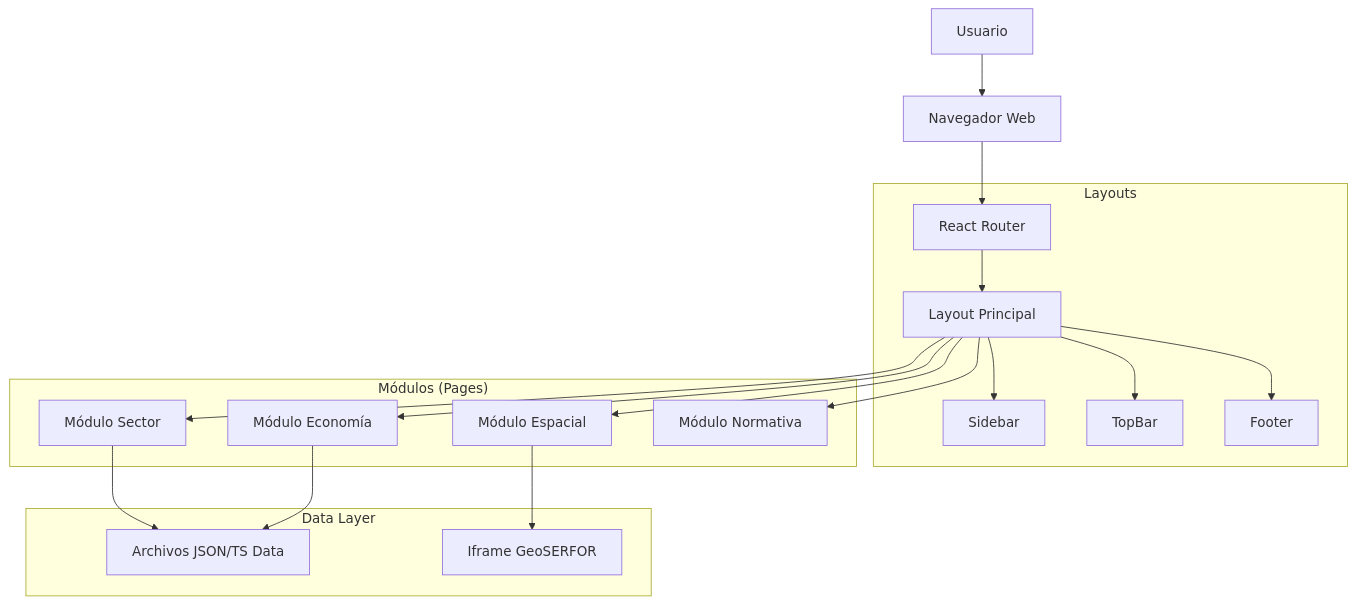
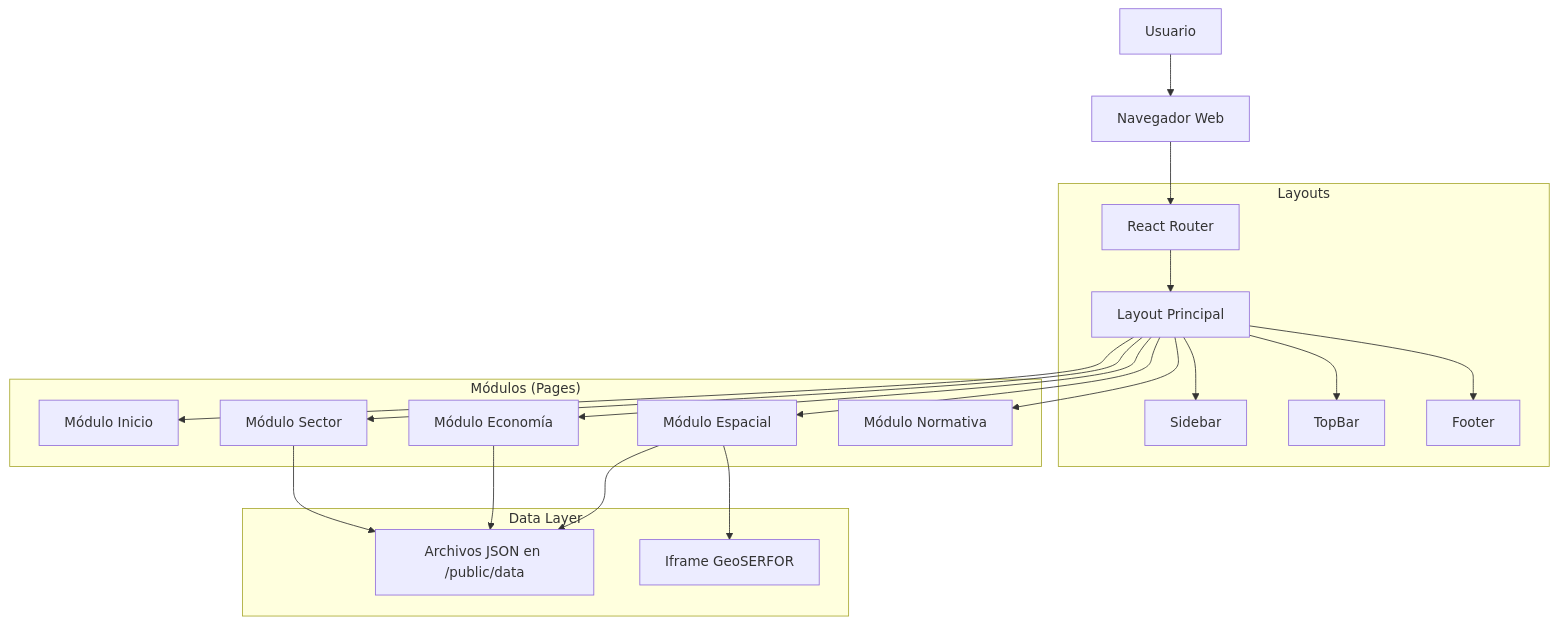
Before and after one commit to wigsdev/MODULO_PFC: the diagram in docs/ARCHITECTURE.md, drawn with Mermaid. The commit also changed other lines of this file and 66 other files, not shown here.

````diff
--- a/docs/ARCHITECTURE.md
+++ b/docs/ARCHITECTURE.md
@@ -10,25 +11,27 @@
 ```mermaid
 graph TD
     User[Usuario] --> Browser[Navegador Web]
     Browser --> Router[React Router]
     
     subgraph "Layouts"
         Router --> LayoutMain[Layout Principal]
         LayoutMain --> Sidebar
         LayoutMain --> TopBar
         LayoutMain --> Footer
     end
     
     subgraph "Módulos (Pages)"
+        LayoutMain --> PageInicio[Módulo Inicio]
         LayoutMain --> PageSector[Módulo Sector]
         LayoutMain --> PageEconomia[Módulo Economía]
         LayoutMain --> PageEspacial[Módulo Espacial]
         LayoutMain --> PageNormativa[Módulo Normativa]
     end
     
     subgraph "Data Layer"
-        PageSector --> MockData[Archivos JSON/TS Data]
-        PageEconomia --> MockData
+        PageSector --> JSONData[Archivos JSON en /public/data]
+        PageEconomia --> JSONData
+        PageEspacial --> JSONData
         PageEspacial --> GeovisorIframe[Iframe GeoSERFOR]
     end
 ```
````
